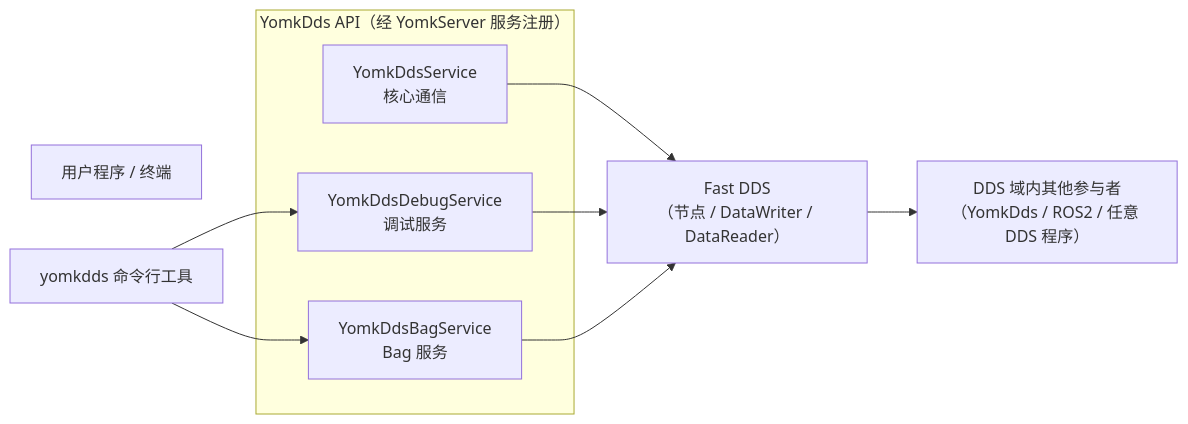
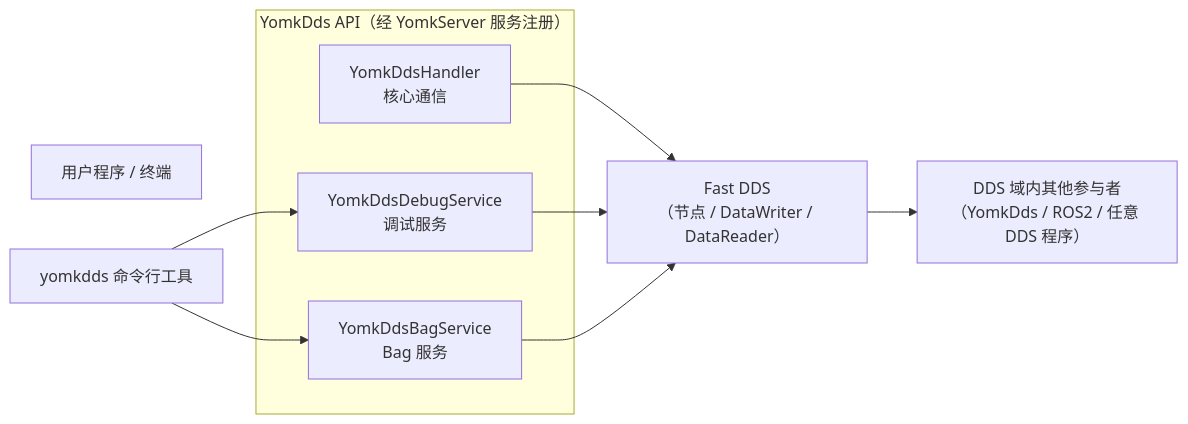
Before and after one commit to Solitude-5309/YomkDds: the diagram in docs/features/README.md, drawn with Mermaid. The commit also changed other lines of this file and 52 other files, not shown here.

Commit message:
refactor!: rename core suite to YomkDdsHandler and move routes to /YomkDdsHandler/*

````diff
--- a/docs/features/README.md
+++ b/docs/features/README.md
@@ -12,19 +12,19 @@
 ```mermaid
 flowchart LR
     U["用户程序 / 终端"]
 
     subgraph YomkDds["YomkDds API（经 YomkServer 服务注册）"]
-        S1["YomkDdsService<br>核心通信"]
+        S1["YomkDdsHandler<br>核心通信"]
         S2["YomkDdsDebugService<br>调试服务"]
         S3["YomkDdsBagService<br>Bag 服务"]
     end
 
     CLI["yomkdds 命令行工具"]
 
     S1 --> D["Fast DDS<br>（节点 / DataWriter / DataReader）"]
     S2 --> D
     S3 --> D
     CLI --> S2
     CLI --> S3
     D --> N["DDS 域内其他参与者<br>（YomkDds / ROS2 / 任意 DDS 程序）"]
 ```
````
